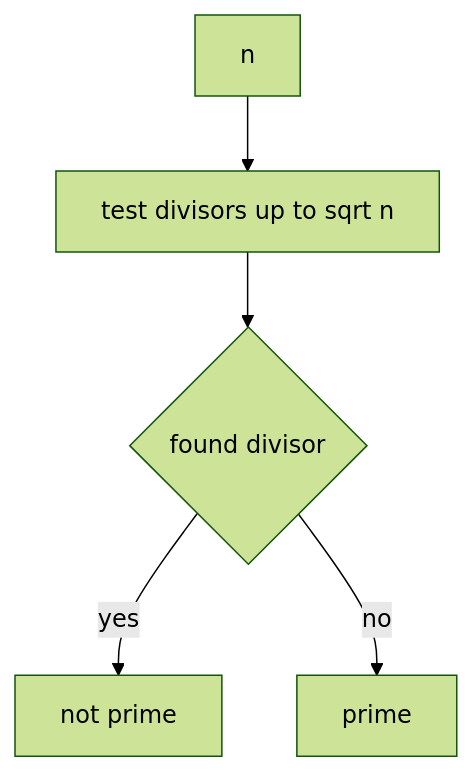
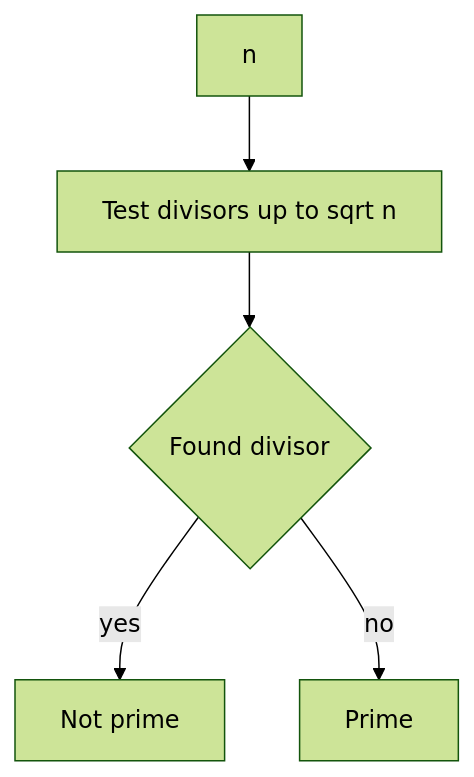
Diagram 12 of 14 in CP_DSA_NOTES/000_MATH/001_cp_maths_basics.md (mthaiseer/springcloud-systemdesign-notes), drawn with Mermaid (forest theme) before and after one commit. The commit also changed other lines of this file and 1 other file, not shown here.

````diff
--- a/CP_DSA_NOTES/000_MATH/001_cp_maths_basics.md
+++ b/CP_DSA_NOTES/000_MATH/001_cp_maths_basics.md
@@ -648,7 +752,7 @@
 ```mermaid
 flowchart TD
-    A[n] --> B[test divisors up to sqrt n]
-    B --> C{found divisor}
-    C -->|yes| D[not prime]
-    C -->|no| E[prime]
+    A[n] --> B[Test divisors up to sqrt n]
+    B --> C{Found divisor}
+    C -->|yes| D[Not prime]
+    C -->|no| E[Prime]
 ```
````
